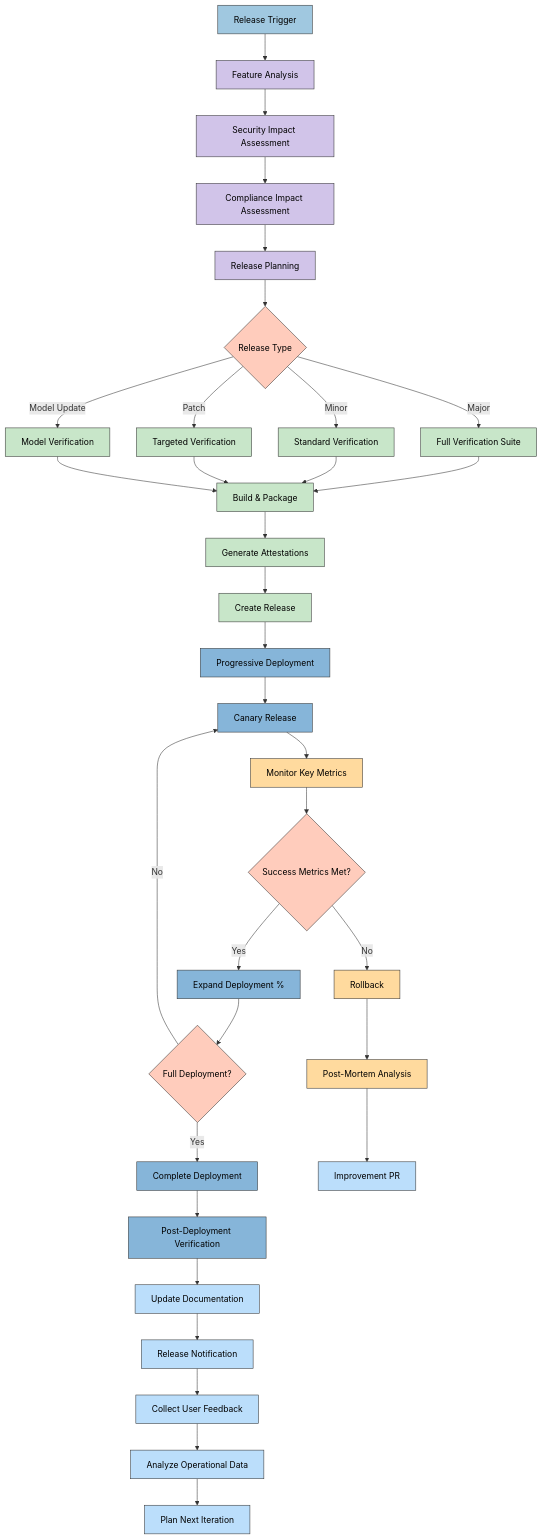
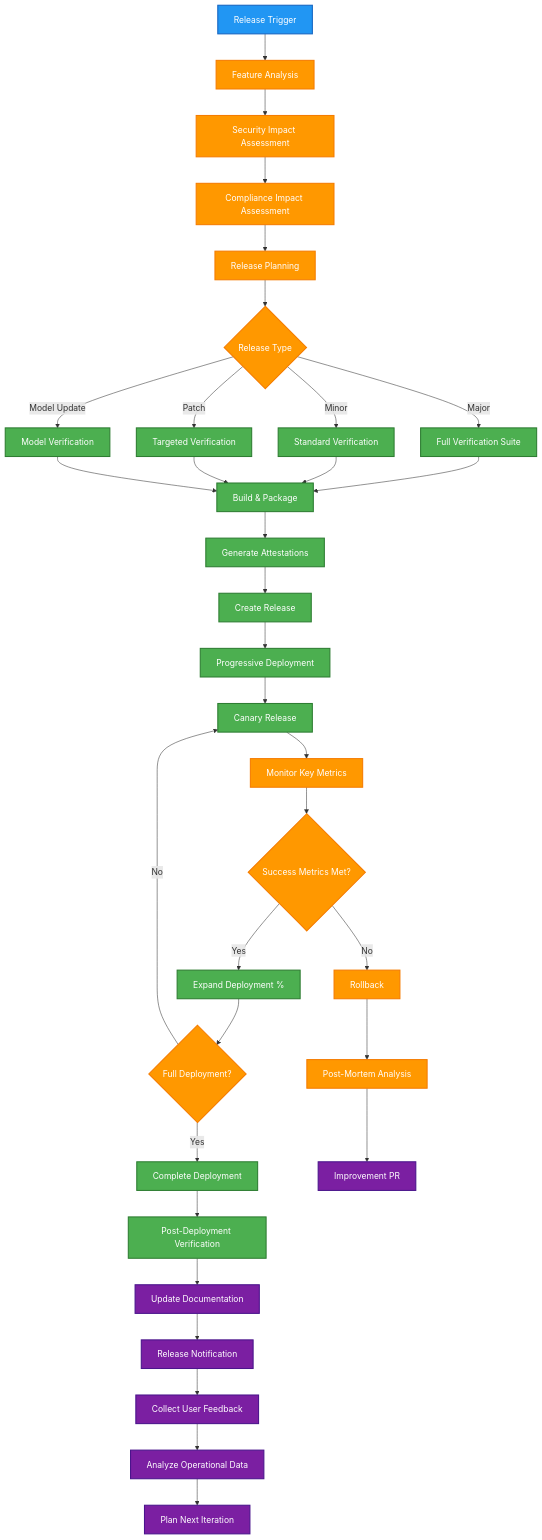
One commit to Hack23/cia-compliance-manager changed the fourth of 7 diagrams in docs/architecture/FUTURE_WORKFLOWS.md. Above: the diagram before and after it, drawn with Mermaid. The commit also changed other lines of this file and 18 other files, not shown here.

First line of the commit message:
style: update all classDef colors to ISMS style guide palette and fix quadrant charts

````diff
--- a/docs/architecture/FUTURE_WORKFLOWS.md
+++ b/docs/architecture/FUTURE_WORKFLOWS.md
@@ -255,56 +255,56 @@
 ```mermaid
 flowchart TD
     A[Release Trigger] --> B[Feature Analysis]
     B --> C[Security Impact Assessment]
     C --> D[Compliance Impact Assessment]
     
     D --> E[Release Planning]
     E --> F{Release Type}
     
     F -->|Major| G1[Full Verification Suite]
     F -->|Minor| G2[Standard Verification]
     F -->|Patch| G3[Targeted Verification]
     F -->|Model Update| G4[Model Verification]
     
     G1 & G2 & G3 & G4 --> H[Build & Package]
     H --> I[Generate Attestations]
     I --> J[Create Release]
     
     J --> K[Progressive Deployment]
     K --> L[Canary Release]
     L --> M[Monitor Key Metrics]
     M --> N{Success Metrics Met?}
     
     N -->|Yes| O1[Expand Deployment %]
     N -->|No| O2[Rollback]
     
     O1 --> P{Full Deployment?}
     P -->|No| L
     P -->|Yes| Q1[Complete Deployment]
     
     O2 --> Q2[Post-Mortem Analysis]
     Q2 --> R[Improvement PR]
     
     Q1 --> S[Post-Deployment Verification]
     S --> T[Update Documentation]
     T --> U[Release Notification]
     U --> V[Collect User Feedback]
     V --> W[Analyze Operational Data]
     W --> X[Plan Next Iteration]
 
-    classDef trigger fill:#a0c8e0,stroke:#333,stroke-width:1px,color:black
-    classDef analysis fill:#d1c4e9,stroke:#333,stroke-width:1px,color:black
-    classDef decision fill:#ffccbc,stroke:#333,stroke-width:1px,color:black
-    classDef build fill:#c8e6c9,stroke:#333,stroke-width:1px,color:black
-    classDef deploy fill:#86b5d9,stroke:#333,stroke-width:1px,color:black
-    classDef monitor fill:#ffda9e,stroke:#333,stroke-width:1px,color:black
-    classDef feedback fill:#bbdefb,stroke:#333,stroke-width:1px,color:black
+    classDef trigger fill:#2196F3,stroke:#1565C0,stroke-width:2px,color:#ffffff
+    classDef analysis fill:#FF9800,stroke:#F57C00,stroke-width:2px,color:#ffffff
+    classDef decision fill:#FF9800,stroke:#F57C00,stroke-width:2px,color:#ffffff
+    classDef build fill:#4CAF50,stroke:#2E7D32,stroke-width:2px,color:#ffffff
+    classDef deploy fill:#4CAF50,stroke:#2E7D32,stroke-width:2px,color:#ffffff
+    classDef monitor fill:#FF9800,stroke:#F57C00,stroke-width:2px,color:#ffffff
+    classDef feedback fill:#7B1FA2,stroke:#4A148C,stroke-width:2px,color:#ffffff
     
     class A trigger
     class B,C,D,E analysis
     class F,N,P decision
     class G1,G2,G3,G4,H,I,J build
     class K,L,O1,Q1,S deploy
     class M,O2,Q2 monitor
     class R,T,U,V,W,X feedback
 ```
````
